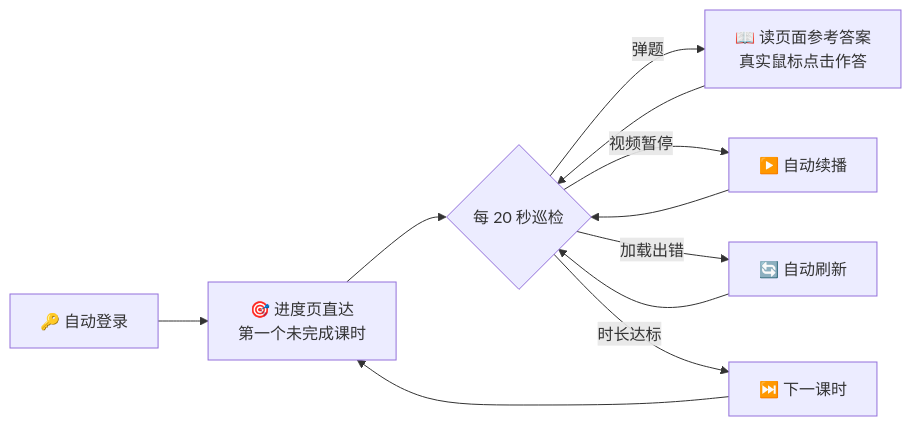
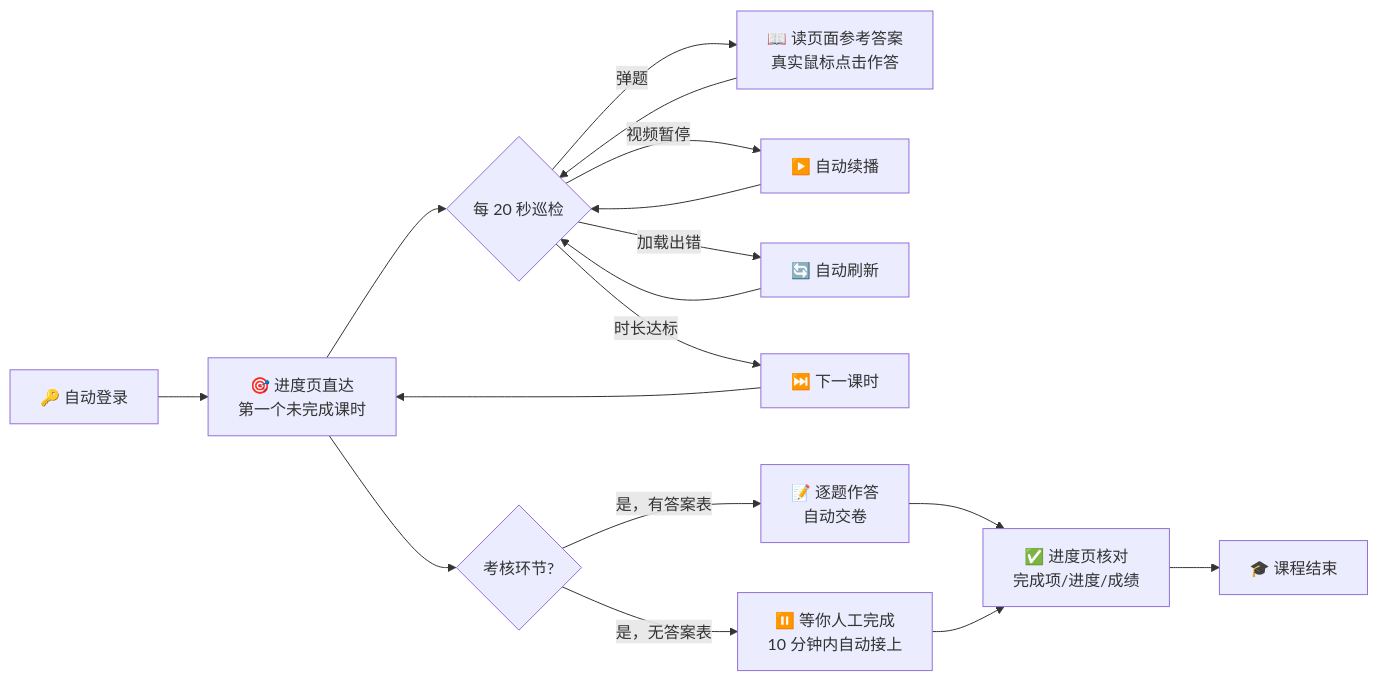
The diagram in README.md (AlbertSong1024/course-companion), drawn with Mermaid before and after one commit. The commit also changed other lines of this file and 2 other files, not shown here.

````diff
--- a/README.md
+++ b/README.md
@@ -48,13 +50,19 @@
 ```mermaid
 flowchart LR
     A[🔑 自动登录] --> B[🎯 进度页直达<br>第一个未完成课时]
     B --> C{每 20 秒巡检}
     C -->|弹题| D[📖 读页面参考答案<br>真实鼠标点击作答]
     C -->|视频暂停| E[▶️ 自动续播]
     C -->|加载出错| F[🔄 自动刷新]
     C -->|时长达标| G[⏭️ 下一课时]
     D --> C
     E --> C
     F --> C
     G --> B
+    B --> H{考核环节?}
+    H -->|是，有答案表| I[📝 逐题作答<br>自动交卷]
+    H -->|是，无答案表| J[⏸️ 等你人工完成<br>10 分钟内自动接上]
+    I --> K[✅ 进度页核对<br>完成项/进度/成绩]
+    J --> K
+    K --> L[🎓 课程结束]
 ```
````
